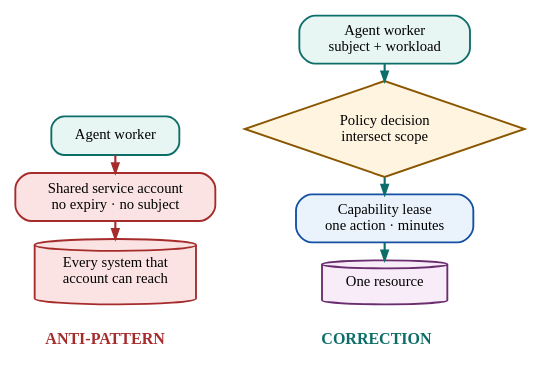
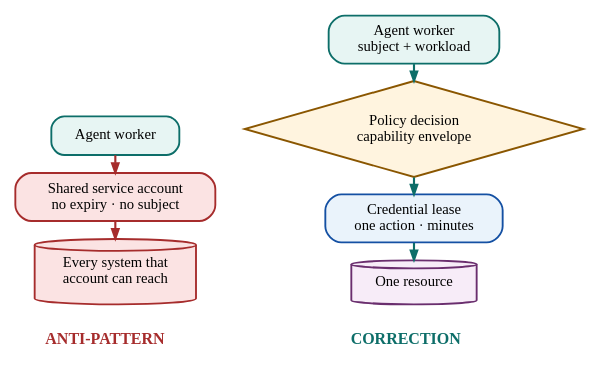
One commit to rrahimi-uci/building-enterprise-general-intelligence changed the diagram in assets/diagrams/src/anti-ambient-authority.gv. Above: the diagram before and after it, drawn with Graphviz. The commit also changed 44 other files, not shown here.

```diff
--- a/assets/diagrams/src/anti-ambient-authority.gv
+++ b/assets/diagrams/src/anti-ambient-authority.gv
@@ -1,40 +1,41 @@
-// Figure 17-2 — AP-03. Ambient authority versus a narrowed capability lease.
+// Figure 17-2 — AP-03. Ambient authority versus a narrowed capability envelope
+// and a short-lived credential lease.
 // Message: the top row's blast radius is the credential's scope; the bottom row's is the task's need.
 //
 // Layout: two labelled columns rather than two clusters. A top-level
 // `rank=same` naming nodes that live inside clusters makes dot drop the cluster
 // boxes entirely, so each panel is a rank=same group with its heading as a
 // plain node and its flow edges unconstrained. With rankdir=LR a rank becomes a
 // column, which is why this reads top-to-bottom within each panel. The heading
 // lands at the foot of its column -- dot orders within a rank by edge
 // structure, not by the order names are listed -- so it reads as a caption.
 // That is deliberate; do not spend time trying to move it.
 digraph anti_ambient_authority {
   rankdir = LR
   graph [ranksep=0.30, nodesep=0.18]
   node [shape=box, style="filled,rounded", penwidth=1.4, fontsize=11,
         margin="0.13,0.08", height=0.40]
   edge [arrowsize=0.7, penwidth=1.6]
 
   bad  [shape=plaintext, style="", label=<<B><FONT COLOR="#A62C2C" POINT-SIZE="12">ANTI&#8209;PATTERN</FONT></B>>]
   good [shape=plaintext, style="", label=<<B><FONT COLOR="#0D6E69" POINT-SIZE="12">CORRECTION</FONT></B>>]
   bad -> good [style=invis]
 
 
   b1 [label="Agent worker", shape=box, style="filled,rounded", fillcolor="#E7F5F3", color="#0D6E69"]
   b2 [label="Shared service account\nno expiry · no subject", shape=box, style="filled,rounded", fillcolor="#FBE3E3", color="#A62C2C"]
   b3 [label="Every system that\naccount can reach", shape=cylinder, style=filled, fillcolor="#FBE3E3", color="#A62C2C"]
   g1 [label="Agent worker\nsubject + workload", shape=box, style="filled,rounded", fillcolor="#E7F5F3", color="#0D6E69"]
-  g2 [label="Policy decision\nintersect scope", shape=diamond, style=filled, fillcolor="#FFF4DF", color="#8A5600", height=0.62]
-  g3 [label="Capability lease\none action · minutes", shape=box, style="filled,rounded", fillcolor="#EAF3FB", color="#1450A3"]
+  g2 [label="Policy decision\ncapability envelope", shape=diamond, style=filled, fillcolor="#FFF4DF", color="#8A5600", height=0.62]
+  g3 [label="Credential lease\none action · minutes", shape=box, style="filled,rounded", fillcolor="#EAF3FB", color="#1450A3"]
   g4 [label="One resource", shape=cylinder, style=filled, fillcolor="#F7ECF8", color="#6A2E6E"]
 
   b1 -> b2 [color="#A62C2C", constraint=false]
   b2 -> b3 [color="#A62C2C", constraint=false]
   g1 -> g2 [color="#0D6E69", constraint=false]
   g2 -> g3 [color="#0D6E69", constraint=false]
   g3 -> g4 [color="#0D6E69", constraint=false]
 
   { rank=same; b1; b2; b3; bad }
   { rank=same; g1; g2; g3; g4; good }
 }
```
